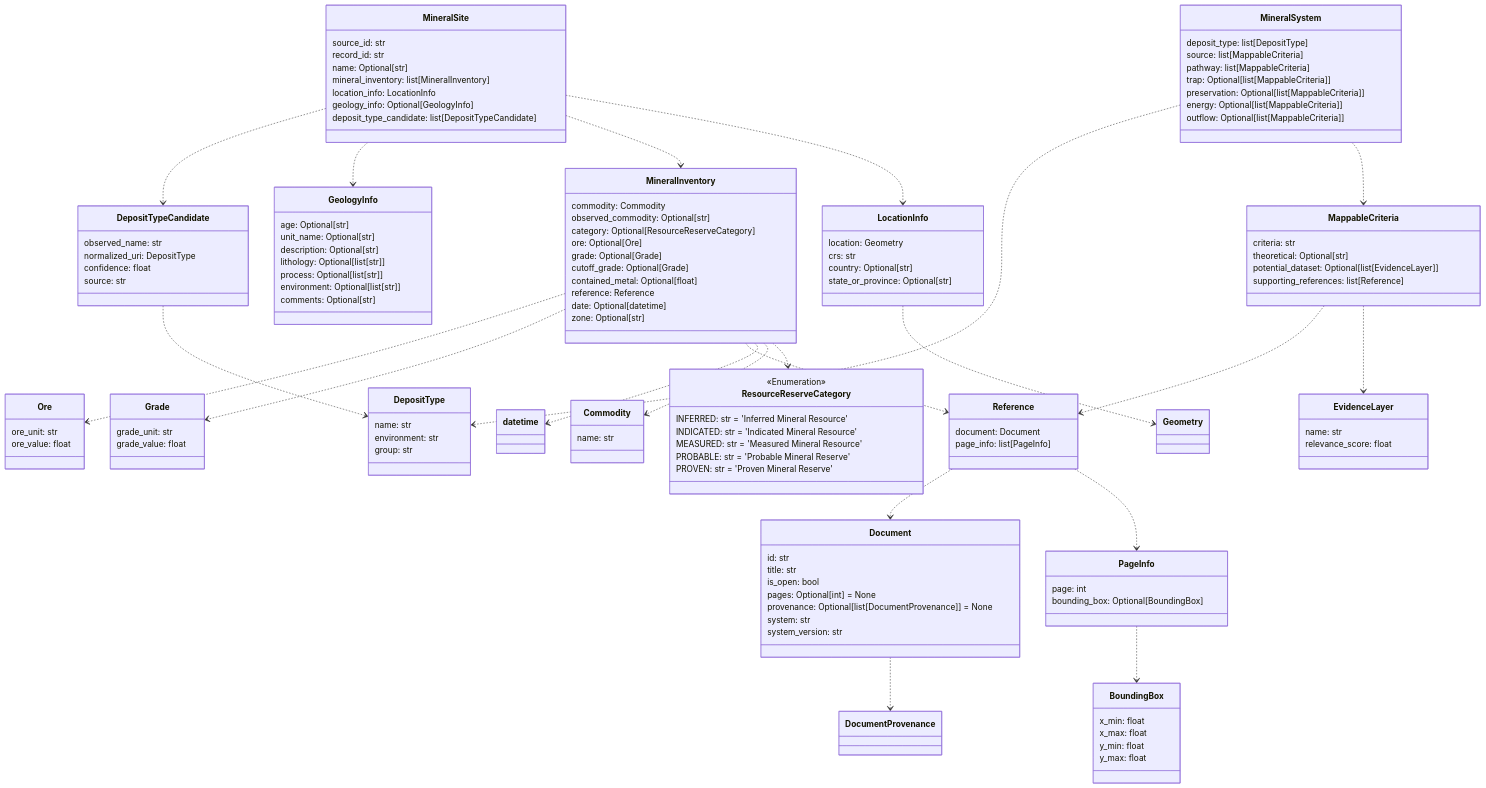
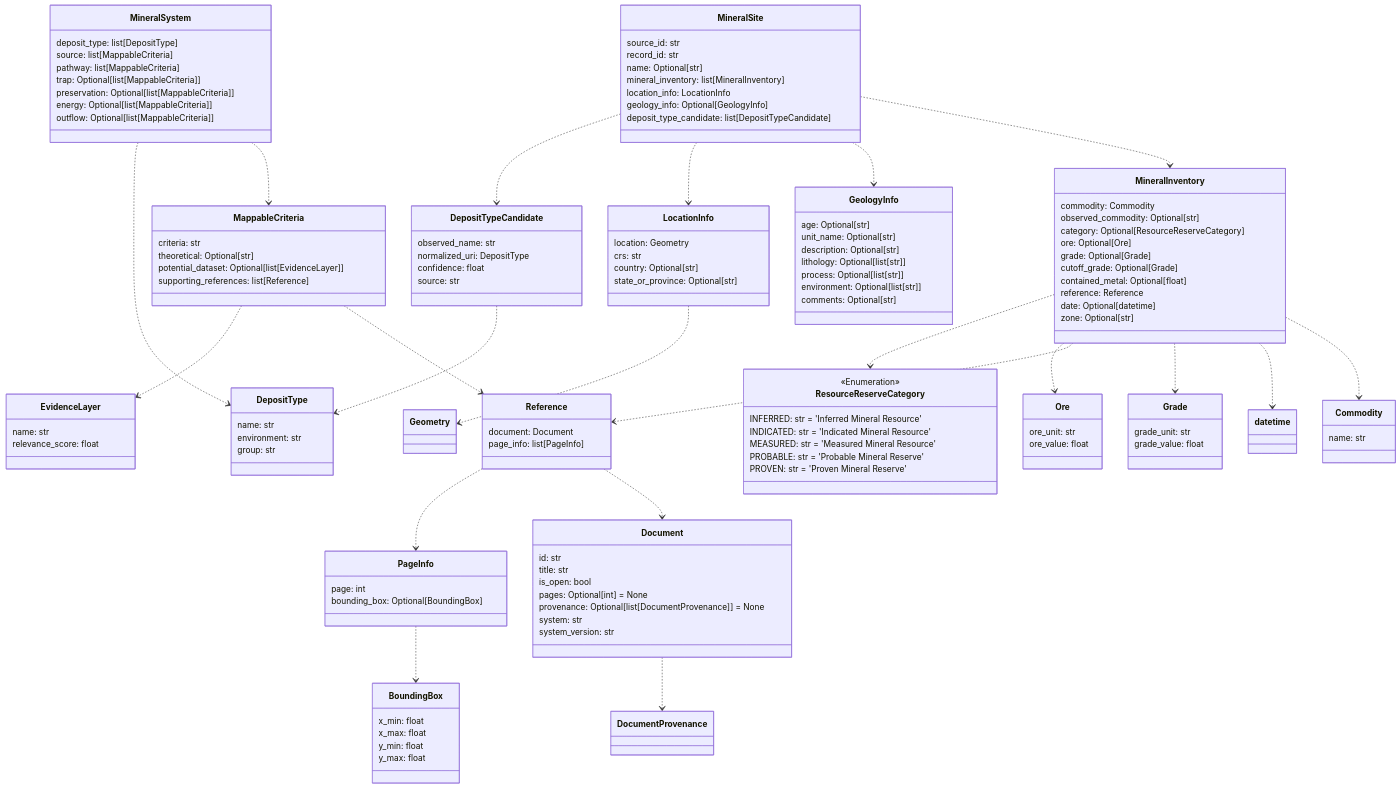
The tenth of 12 diagrams in README.md (DARPA-CRITICALMAAS/cdr_schemas), drawn with Mermaid before and after one commit. The commit also changed other lines of this file and 1 other file, not shown here.

````diff
--- a/README.md
+++ b/README.md
@@ -608,16 +655,59 @@
 ```mermaid
 classDiagram
+
+    class ResourceReserveCategory {
+        <<Enumeration>>
+        INFERRED: str = 'Inferred Mineral Resource'
+        INDICATED: str = 'Indicated Mineral Resource'
+        MEASURED: str = 'Measured Mineral Resource'
+        PROBABLE: str = 'Probable Mineral Reserve'
+        PROVEN: str = 'Proven Mineral Reserve'
+    }
+
+    class LocationInfo {
+        location: Geometry
+        crs: str
+        country: Optional[str]
+        state_or_province: Optional[str]
+    }
+
+    class EvidenceLayer {
+        name: str
+        relevance_score: float
+    }
+
+    class MineralSite {
+        source_id: str
+        record_id: str
+        name: Optional[str]
+        mineral_inventory: list[MineralInventory]
+        location_info: LocationInfo
+        geology_info: Optional[GeologyInfo]
+        deposit_type_candidate: list[DepositTypeCandidate]
+    }
+
+    class Commodity {
+        name: str
+    }
+
+    class DepositType {
+        name: str
+        environment: str
+        group: str
+    }
+
+    class BoundingBox {
+        x_min: float
+        x_max: float
+        y_min: float
+        y_max: float
+    }
 
     class DepositTypeCandidate {
         observed_name: str
         normalized_uri: DepositType
         confidence: float
         source: str
-    }
-
-    class PageInfo {
-        page: int
-        bounding_box: Optional[BoundingBox]
     }
 
     class MineralInventory {
@@ -633,23 +723,9 @@
         zone: Optional[str]
     }
 
-    class MineralSite {
-        source_id: str
-        record_id: str
-        name: Optional[str]
-        mineral_inventory: list[MineralInventory]
-        location_info: LocationInfo
-        geology_info: Optional[GeologyInfo]
-        deposit_type_candidate: list[DepositTypeCandidate]
-    }
-
-    class ResourceReserveCategory {
-        <<Enumeration>>
-        INFERRED: str = 'Inferred Mineral Resource'
-        INDICATED: str = 'Indicated Mineral Resource'
-        MEASURED: str = 'Measured Mineral Resource'
-        PROBABLE: str = 'Probable Mineral Reserve'
-        PROVEN: str = 'Proven Mineral Reserve'
+    class PageInfo {
+        page: int
+        bounding_box: Optional[BoundingBox]
     }
 
     class Document {
@@ -662,13 +738,6 @@
         system_version: str
     }
 
-    class LocationInfo {
-        location: Geometry
-        crs: str
-        country: Optional[str]
-        state_or_province: Optional[str]
-    }
-
     class MineralSystem {
         deposit_type: list[DepositType]
         source: list[MappableCriteria]
@@ -677,6 +746,28 @@
         preservation: Optional[list[MappableCriteria]]
         energy: Optional[list[MappableCriteria]]
         outflow: Optional[list[MappableCriteria]]
+    }
+
+    class Ore {
+        ore_unit: str
+        ore_value: float
+    }
+
+    class MappableCriteria {
+        criteria: str
+        theoretical: Optional[str]
+        potential_dataset: Optional[list[EvidenceLayer]]
+        supporting_references: list[Reference]
+    }
+
+    class Reference {
+        document: Document
+        page_info: list[PageInfo]
+    }
+
+    class Grade {
+        grade_unit: str
+        grade_value: float
     }
 
     class GeologyInfo {
@@ -689,70 +780,26 @@
         comments: Optional[str]
     }
 
-    class Ore {
-        ore_unit: str
-        ore_value: float
-    }
-
-    class DepositType {
-        name: str
-        environment: str
-        group: str
-    }
-
-    class BoundingBox {
-        x_min: float
-        x_max: float
-        y_min: float
-        y_max: float
-    }
-
-    class Reference {
-        document: Document
-        page_info: list[PageInfo]
-    }
-
-    class EvidenceLayer {
-        name: str
-        relevance_score: float
-    }
-
-    class Grade {
-        grade_unit: str
-        grade_value: float
-    }
-
-    class MappableCriteria {
-        criteria: str
-        theoretical: Optional[str]
-        potential_dataset: Optional[list[EvidenceLayer]]
-        supporting_references: list[Reference]
-    }
-
-    class Commodity {
-        name: str
-    }
-
     Document ..> DocumentProvenance
     DepositTypeCandidate ..> DepositType
     PageInfo ..> BoundingBox
+    Reference ..> PageInfo
     Reference ..> Document
-    Reference ..> PageInfo
+    MappableCriteria ..> EvidenceLayer
     MappableCriteria ..> Reference
-    MappableCriteria ..> EvidenceLayer
     MineralSystem ..> DepositType
     MineralSystem ..> MappableCriteria
+    MineralInventory ..> ResourceReserveCategory
     MineralInventory ..> Ore
+    MineralInventory ..> Reference
     MineralInventory ..> Grade
-    MineralInventory ..> Reference
     MineralInventory ..> datetime
     MineralInventory ..> Commodity
-    MineralInventory ..> ResourceReserveCategory
     LocationInfo ..> Geometry
     MineralSite ..> DepositTypeCandidate
+    MineralSite ..> LocationInfo
     MineralSite ..> GeologyInfo
     MineralSite ..> MineralInventory
-    MineralSite ..> LocationInfo
 
 
 ```
````
